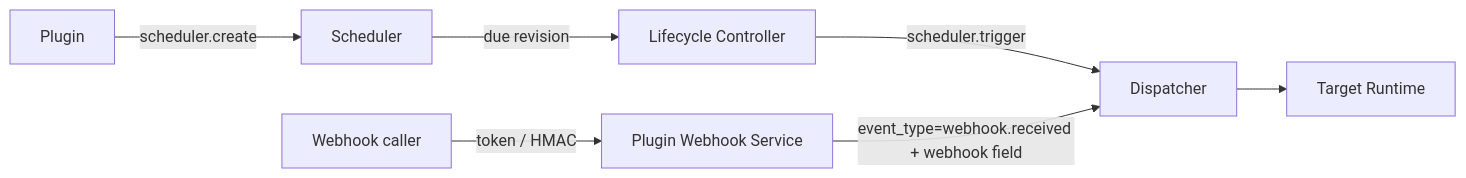
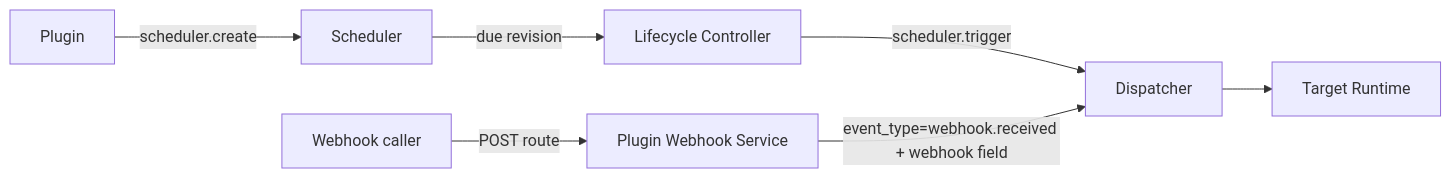
The second of 2 diagrams in docs/architecture/message-flow.md (RayleaBot/RayleaBot), drawn with Mermaid before and after one commit. The commit also changed other lines of this file and 35 other files, not shown here.

````diff
--- a/docs/architecture/message-flow.md
+++ b/docs/architecture/message-flow.md
@@ -91,10 +91,10 @@
 ```mermaid
 flowchart LR
     P["Plugin"] -->|"scheduler.create"| S["Scheduler"]
     S -->|"due revision"| LC["Lifecycle Controller"]
     LC -->|"scheduler.trigger"| D["Dispatcher"]
     D --> R["Target Runtime"]
 
-    H["Webhook caller"] -->|"token / HMAC"| WH["Plugin Webhook Service"]
+    H["Webhook caller"] -->|"POST route"| WH["Plugin Webhook Service"]
     WH -->|"event_type=webhook.received + webhook field"| D
 ```
````
